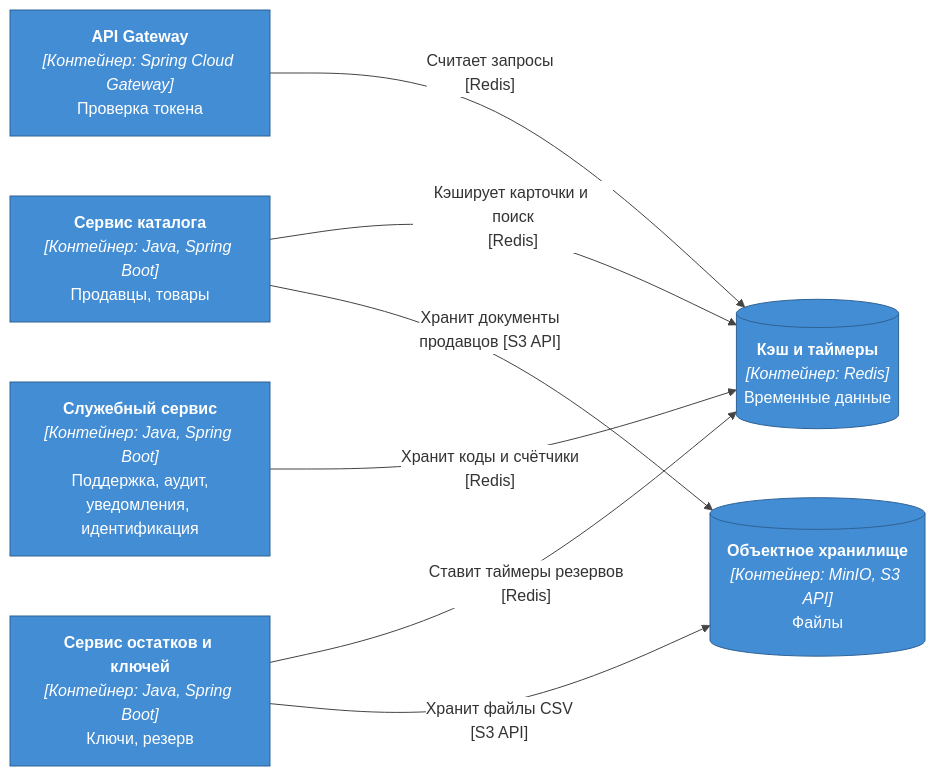
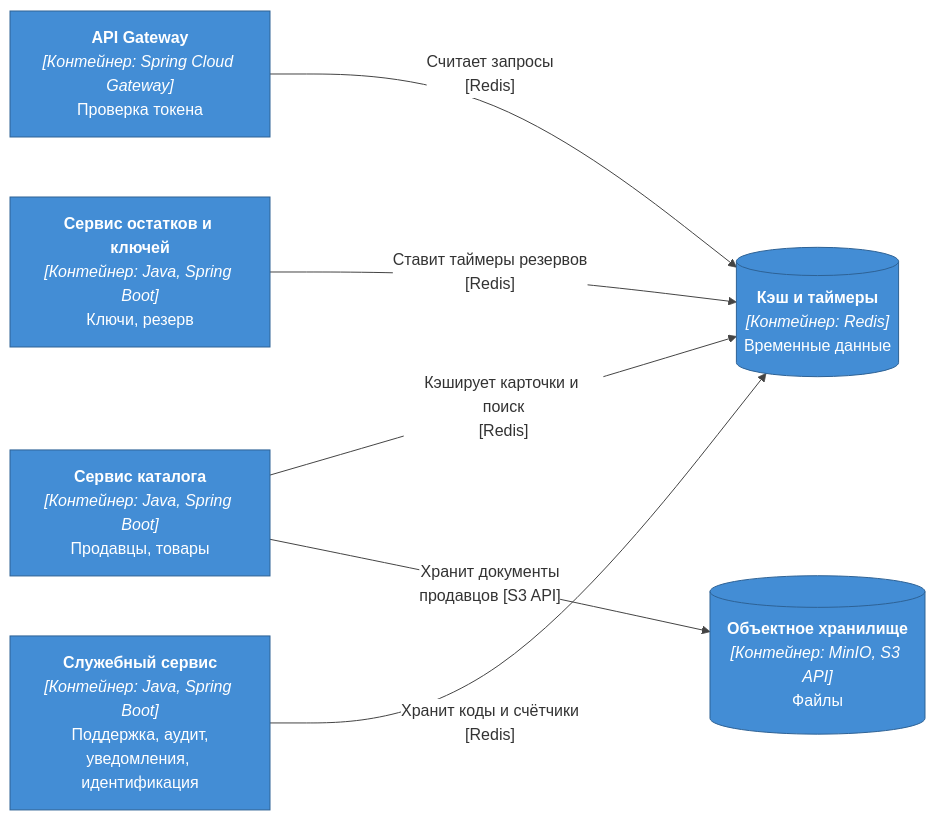
The sixth of 9 diagrams in docs/05-architecture/c4-containers.md (Lapin143/digital-goods-marketplace), drawn with Mermaid before and after one commit. The commit also changed other lines of this file and 4 other files, not shown here.

First line of the commit message:
docs: поправка Ф1, файлы CSV не хранятся, уточнён принцип «кто видит ключ», ссылки на ADR

````diff
--- a/docs/05-architecture/c4-containers.md
+++ b/docs/05-architecture/c4-containers.md
@@ -258,21 +258,20 @@
 ```mermaid
 %%{init: {"theme":"base","themeVariables":{"edgeLabelBackground":"#ffffff","lineColor":"#444444"},"flowchart": {"nodeSpacing": 60, "rankSpacing": 240, "curve": "basis"}}}%%
 flowchart LR
     api-gateway["<b>API Gateway</b><br/><i>[Контейнер: Spring Cloud Gateway]</i><br/>Проверка токена"]
     catalog-service["<b>Сервис каталога</b><br/><i>[Контейнер: Java, Spring Boot]</i><br/>Продавцы, товары"]
     inventory-service["<b>Сервис остатков и ключей</b><br/><i>[Контейнер: Java, Spring Boot]</i><br/>Ключи, резерв"]
     platform-service["<b>Служебный сервис</b><br/><i>[Контейнер: Java, Spring Boot]</i><br/>Поддержка, аудит,<br/>уведомления, идентификация"]
 
     redis[("<b>Кэш и таймеры</b><br/><i>[Контейнер: Redis]</i><br/>Временные данные")]
     object-storage[("<b>Объектное хранилище</b><br/><i>[Контейнер: MinIO, S3 API]</i><br/>Файлы")]
 
     api-gateway -->|"Считает запросы<br/>[Redis]"| redis
     catalog-service -->|"Кэширует карточки и поиск<br/>[Redis]"| redis
     inventory-service -->|"Ставит таймеры резервов<br/>[Redis]"| redis
     platform-service -->|"Хранит коды и счётчики<br/>[Redis]"| redis
     catalog-service -->|"Хранит документы<br/>продавцов [S3 API]"| object-storage
-    inventory-service -->|"Хранит файлы CSV<br/>[S3 API]"| object-storage
 
     classDef container fill:#438dd5,stroke:#2e6295,color:#ffffff
     class api-gateway,catalog-service,inventory-service,platform-service,redis,object-storage container
 ```
````
